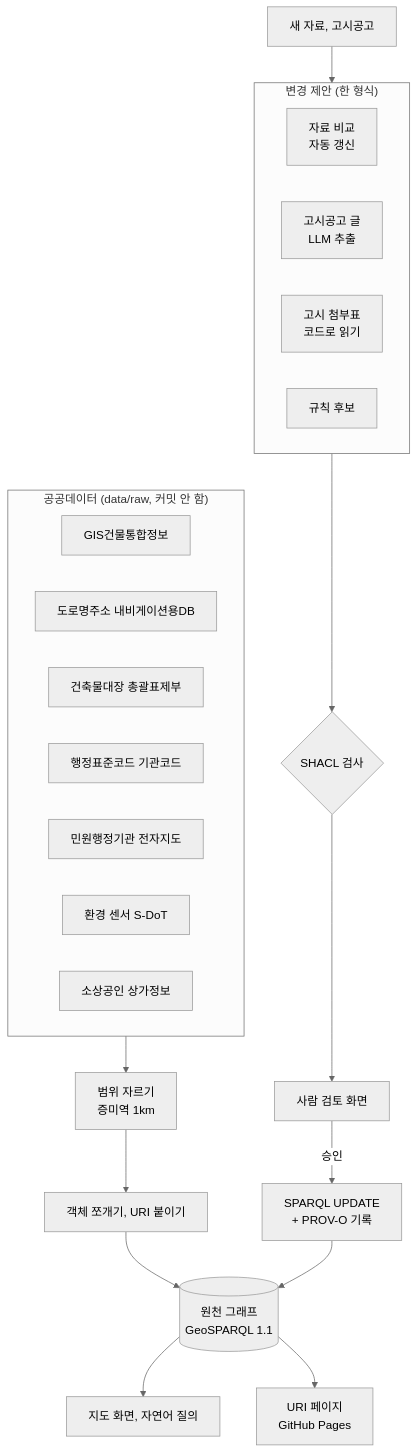
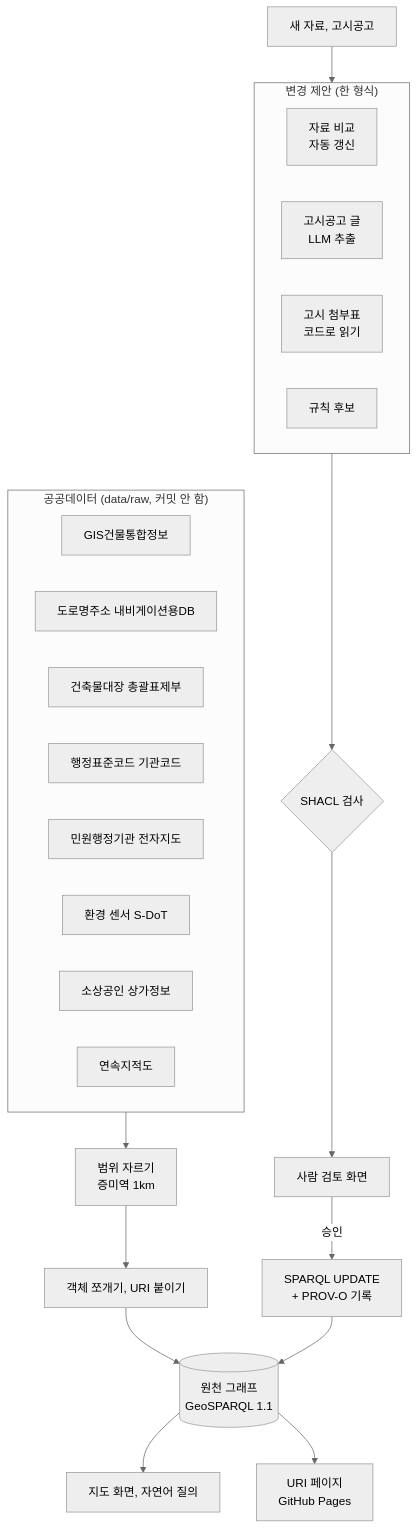
One commit to yeodh10/jeungmi-geokg changed the diagram in README.md. Above: the diagram before and after it, drawn with Mermaid (neutral theme). The commit also changed other lines of this file and 22 other files, not shown here.

````diff
--- a/README.md
+++ b/README.md
@@ -71,28 +71,29 @@
 ```mermaid
 flowchart TB
   subgraph SRC["공공데이터 (data/raw, 커밋 안 함)"]
     A1[GIS건물통합정보]
     A2[도로명주소 내비게이션용DB]
     A3[건축물대장 총괄표제부]
     A4[행정표준코드 기관코드]
     A5[민원행정기관 전자지도]
     A6[환경 센서 S-DoT]
     A7[소상공인 상가정보]
+    A8[연속지적도]
   end
   SRC --> B[범위 자르기<br>증미역 1km]
   B --> C[객체 쪼개기, URI 붙이기]
   C --> D[(원천 그래프<br>GeoSPARQL 1.1)]
   subgraph PROP["변경 제안 (한 형식)"]
     P1[자료 비교<br>자동 갱신]
     P2[고시공고 글<br>LLM 추출]
     P3[고시 첨부표<br>코드로 읽기]
     P4[규칙 후보]
   end
   N[새 자료, 고시공고] --> PROP
   PROP --> S{SHACL 검사}
   S --> R[사람 검토 화면]
   R -- 승인 --> U[SPARQL UPDATE<br>+ PROV-O 기록]
   U --> D
   D --> M[지도 화면, 자연어 질의]
   D --> W[URI 페이지<br>GitHub Pages]
 ```
````
